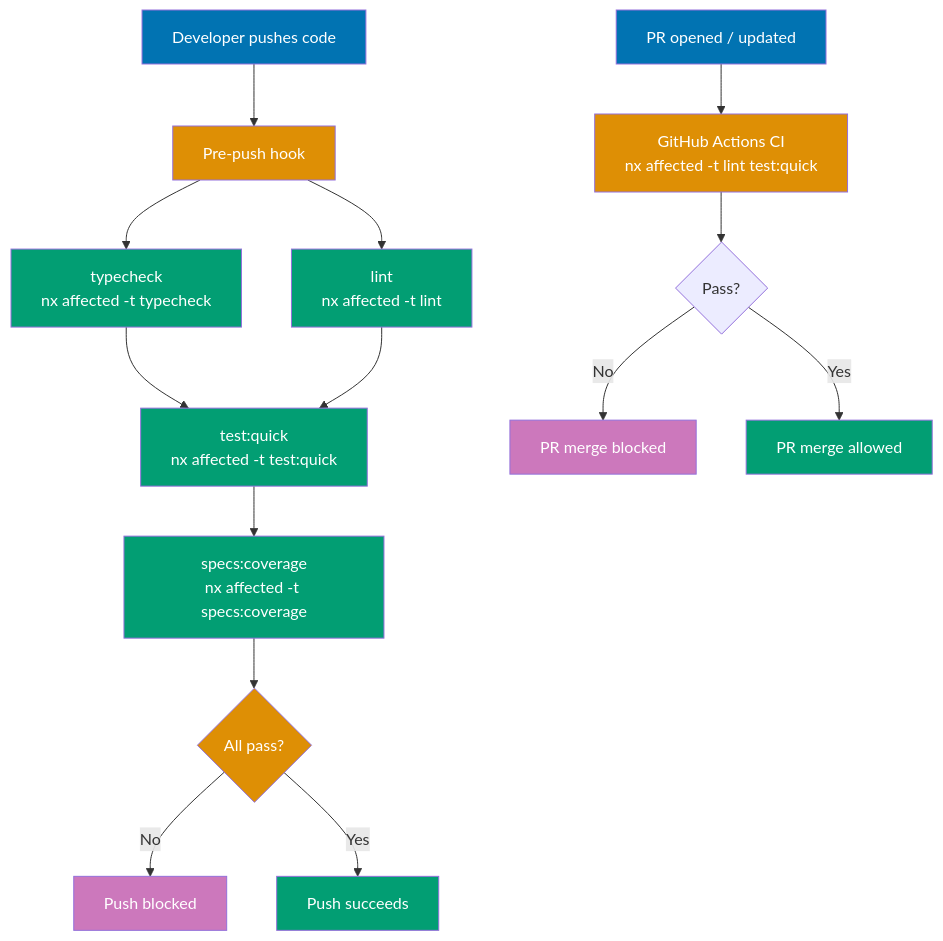
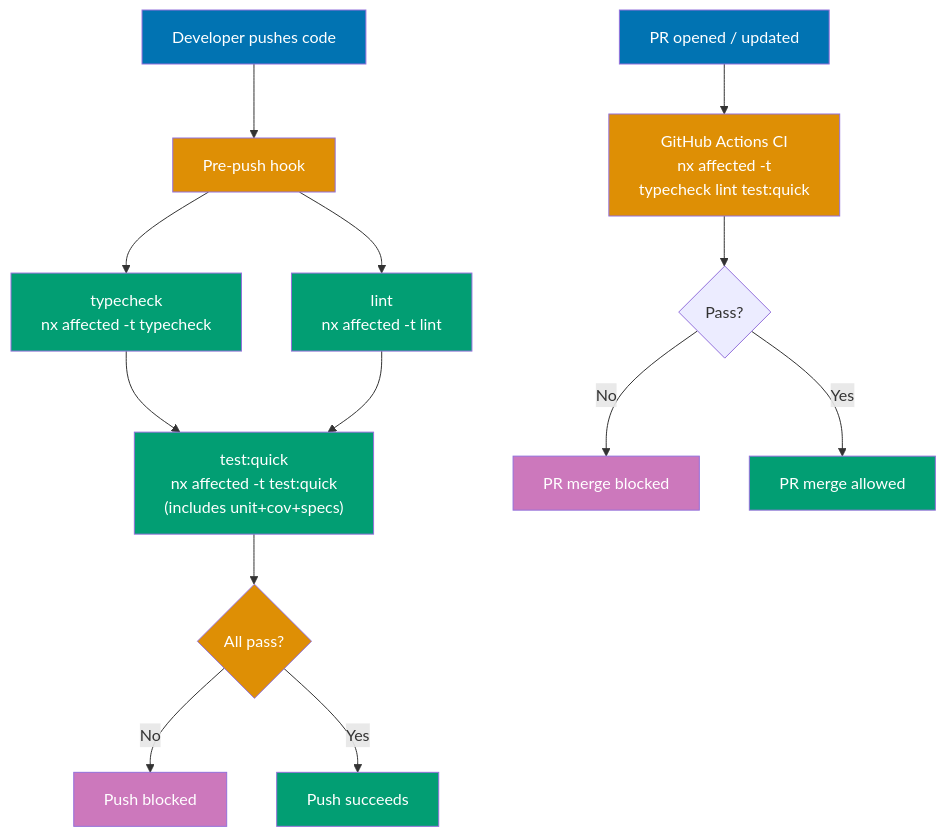
Before and after one commit to wahidyankf/ose-primer: the first of 2 diagrams in repo-governance/development/infra/nx-targets.md, drawn with Mermaid. The commit also changed other lines of this file and 101 other files, not shown here.

````diff
--- a/repo-governance/development/infra/nx-targets.md
+++ b/repo-governance/development/infra/nx-targets.md
@@ -25,31 +28,29 @@
 ```mermaid
 flowchart TD
     A[Developer pushes code] --> B[Pre-push hook]
     B --> C["typecheck<br/>nx affected -t typecheck"]
     B --> D["lint<br/>nx affected -t lint"]
-    C --> E["test:quick<br/>nx affected -t test:quick"]
+    C --> E["test:quick<br/>nx affected -t test:quick<br/>(includes unit+cov+specs)"]
     D --> E
-    E --> SC["specs:coverage<br/>nx affected -t specs:coverage"]
-    SC --> F{All pass?}
+    E --> F{All pass?}
     F -- No --> G[Push blocked]
     F -- Yes --> H[Push succeeds]
 
-    P[PR opened / updated] --> Q["GitHub Actions CI<br/>nx affected -t lint test:quick"]
+    P[PR opened / updated] --> Q["GitHub Actions CI<br/>nx affected -t<br/>typecheck lint test:quick"]
     Q --> R{Pass?}
     R -- No --> S[PR merge blocked]
     R -- Yes --> T[PR merge allowed]
 
     style A fill:#0173B2,color:#fff
     style B fill:#DE8F05,color:#fff
     style C fill:#029E73,color:#fff
     style D fill:#029E73,color:#fff
     style E fill:#029E73,color:#fff
-    style SC fill:#029E73,color:#fff
     style F fill:#DE8F05,color:#fff
     style G fill:#CC78BC,color:#fff
     style H fill:#029E73,color:#fff
     style P fill:#0173B2,color:#fff
     style Q fill:#DE8F05,color:#fff
     style S fill:#CC78BC,color:#fff
     style T fill:#029E73,color:#fff
 ```
````
